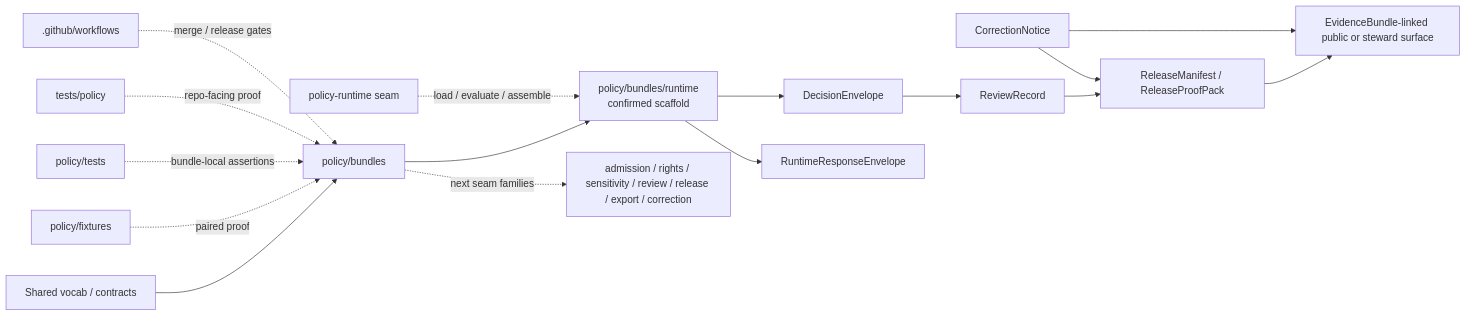
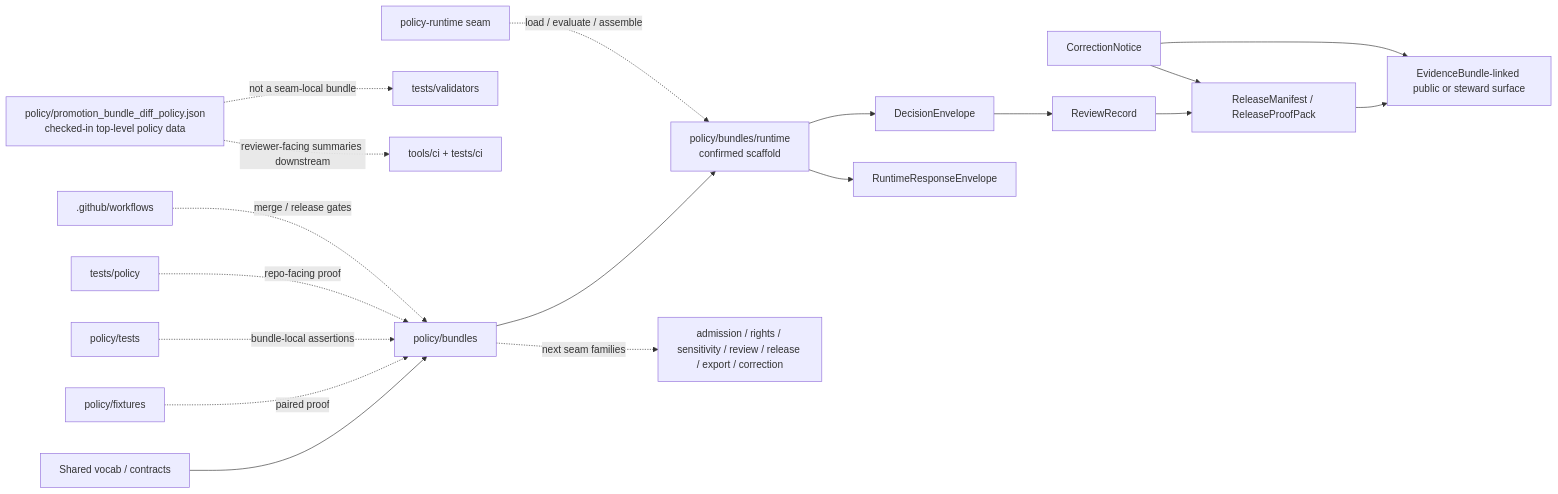
One commit to bartytime4life/Kansas-Frontier-Matrix changed the diagram in policy/bundles/README.md. Above: the diagram before and after it, drawn with Mermaid. The commit also changed other lines of this file, not shown here.

````diff
--- a/policy/bundles/README.md
+++ b/policy/bundles/README.md
@@ -336,20 +401,23 @@
 ```mermaid
 flowchart LR
     V[Shared vocab / contracts] --> B[policy/bundles]
     B --> RT[policy/bundles/runtime<br/>confirmed scaffold]
     B -. next seam families .-> NX[admission / rights / sensitivity / review / release / export / correction]
+
+    P[policy/promotion_bundle_diff_policy.json<br/>checked-in top-level policy data] -. not a seam-local bundle .-> VB[tests/validators]
+    P -. reviewer-facing summaries downstream .-> CI[tools/ci + tests/ci]
 
     RT --> D[DecisionEnvelope]
     RT --> RR[RuntimeResponseEnvelope]
     D --> R[ReviewRecord]
     R --> M[ReleaseManifest / ReleaseProofPack]
     M --> E[EvidenceBundle-linked public or steward surface]
     C[CorrectionNotice] --> M
     C --> E
 
     F[policy/fixtures] -. paired proof .-> B
     T[policy/tests] -. bundle-local assertions .-> B
     TP[tests/policy] -. repo-facing proof .-> B
     W[.github/workflows] -. merge / release gates .-> B
     PR[policy-runtime seam] -. load / evaluate / assemble .-> RT
 ```
````
